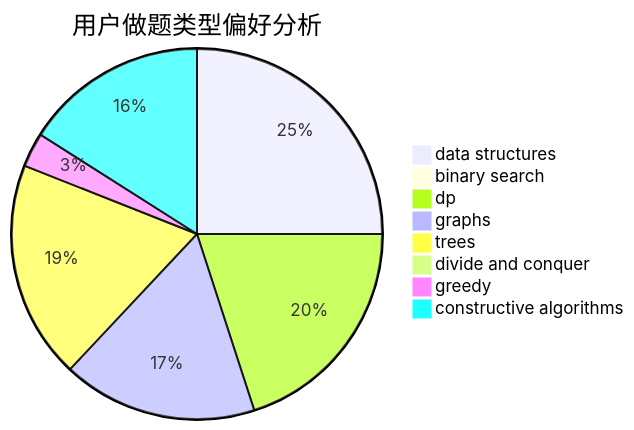
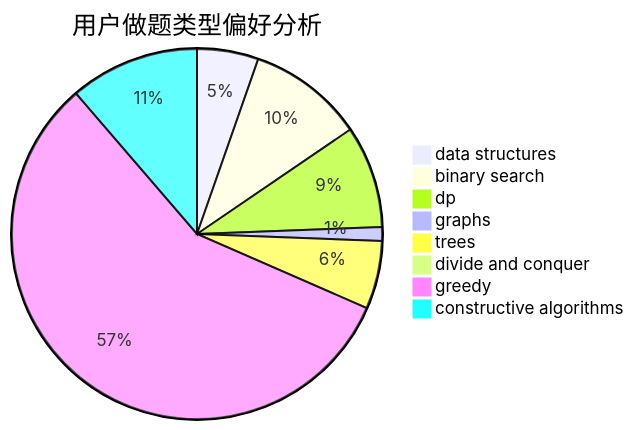
One commit to sherpahu/cfrs.github.io changed the second of 3 diagrams in docs/user/u2091.md. Above: the diagram before and after it, drawn with Mermaid. The commit also changed other lines of this file and 2770 other files, not shown here.

````diff
--- a/docs/user/u2091.md
+++ b/docs/user/u2091.md
@@ -23,11 +23,11 @@
 ```mermaid
 pie title 用户做题类型偏好分析
-    "data structures" :  25
-    "binary search" :  1
-    "dp" :  20
-    "graphs" :  17
-    "trees" :  19
-    "divide and conquer" :  0
-    "greedy" :  3
-    "constructive algorithms" :  16
+    "data structures" :  9
+    "binary search" :  17
+    "dp" :  15
+    "graphs" :  2
+    "trees" :  10
+    "divide and conquer" :  1
+    "greedy" :  96
+    "constructive algorithms" :  19
 ```
````
